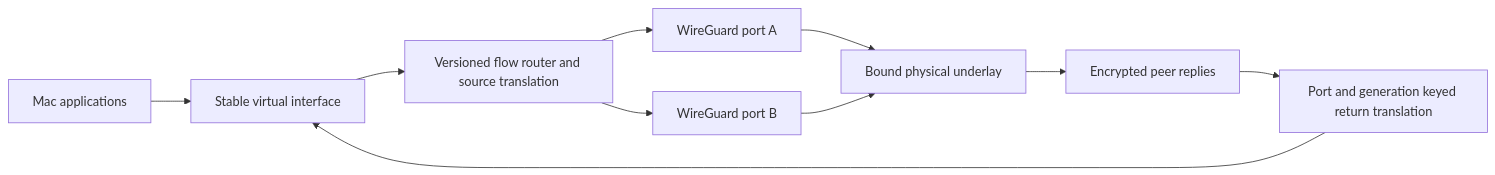
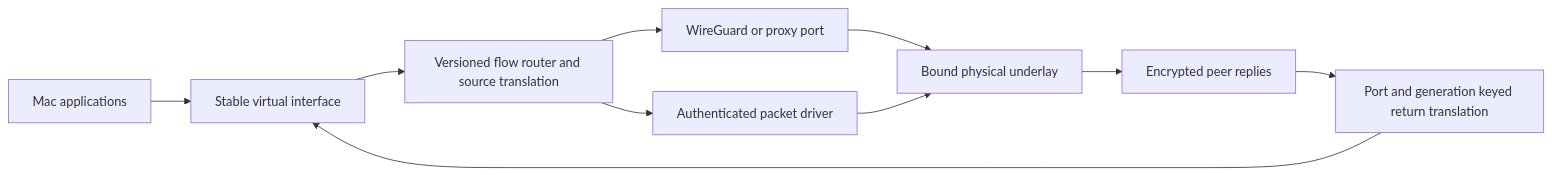
The first of 3 diagrams in Docs/NetworkArchitectureReview.md (bitwisecook/SimpleVPN), drawn with Mermaid before and after one commit. The commit also changed other lines of this file and 913 other files, not shown here.

````diff
--- a/Docs/NetworkArchitectureReview.md
+++ b/Docs/NetworkArchitectureReview.md
@@ -11,12 +11,12 @@
 ```mermaid
 flowchart LR
   Apps[Mac applications] --> Capture[Stable virtual interface]
   Capture --> Router[Versioned flow router and source translation]
-  Router --> A[WireGuard port A]
-  Router --> B[WireGuard port B]
+  Router --> A[WireGuard or proxy port]
+  Router --> B[Authenticated packet driver]
   A --> Physical[Bound physical underlay]
   B --> Physical
   Physical --> Return[Encrypted peer replies]
   Return --> Reverse[Port and generation keyed return translation]
   Reverse --> Capture
 ```
````
